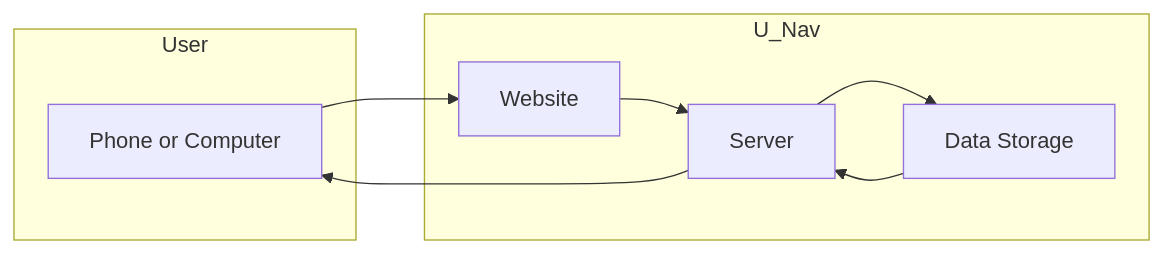
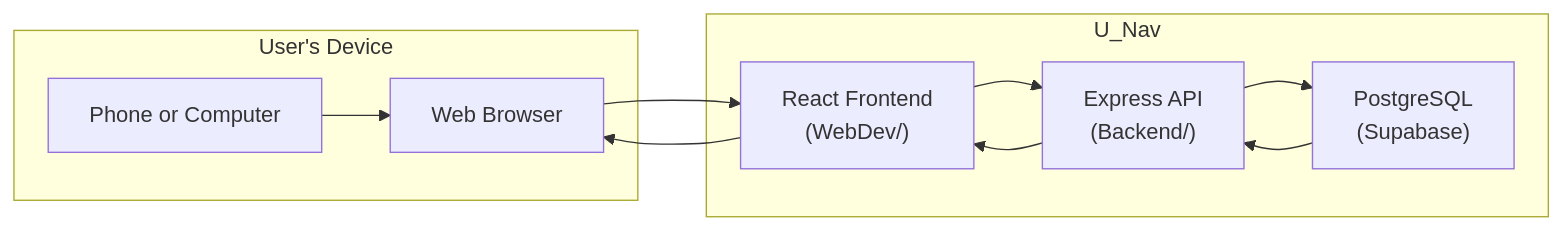
Before and after one commit to KabbalahTreeofLife/U-Nav: the first of 7 diagrams in ARCHITECTURE.md, drawn with Mermaid. The commit also changed other lines of this file and 1 other file, not shown here.

Commit message:
Update documentation: Add key files reference and better user roles in ARCHITECTURE.md, add file purposes in CODEBASE_NAVIGATION.md

````diff
--- a/ARCHITECTURE.md
+++ b/ARCHITECTURE.md
@@ -11,18 +11,21 @@
 ```mermaid
 flowchart LR
-    subgraph User
+    subgraph Client["User's Device"]
         Phone["Phone or Computer"]
+        Browser["Web Browser"]
     end
 
     subgraph U_Nav
-        Web["Website"]
-        Server["Server"]
-        DB["Data Storage"]
+        Web["React Frontend<br/>(WebDev/)"]
+        Server["Express API<br/>(Backend/)"]
+        DB["PostgreSQL<br/>(Supabase)"]
     end
 
-    Phone --> Web
+    Phone --> Browser
+    Browser --> Web
     Web --> Server
     Server --> DB
     DB --> Server
-    Server --> Phone
+    Server --> Web
+    Web --> Browser
 ```
````
